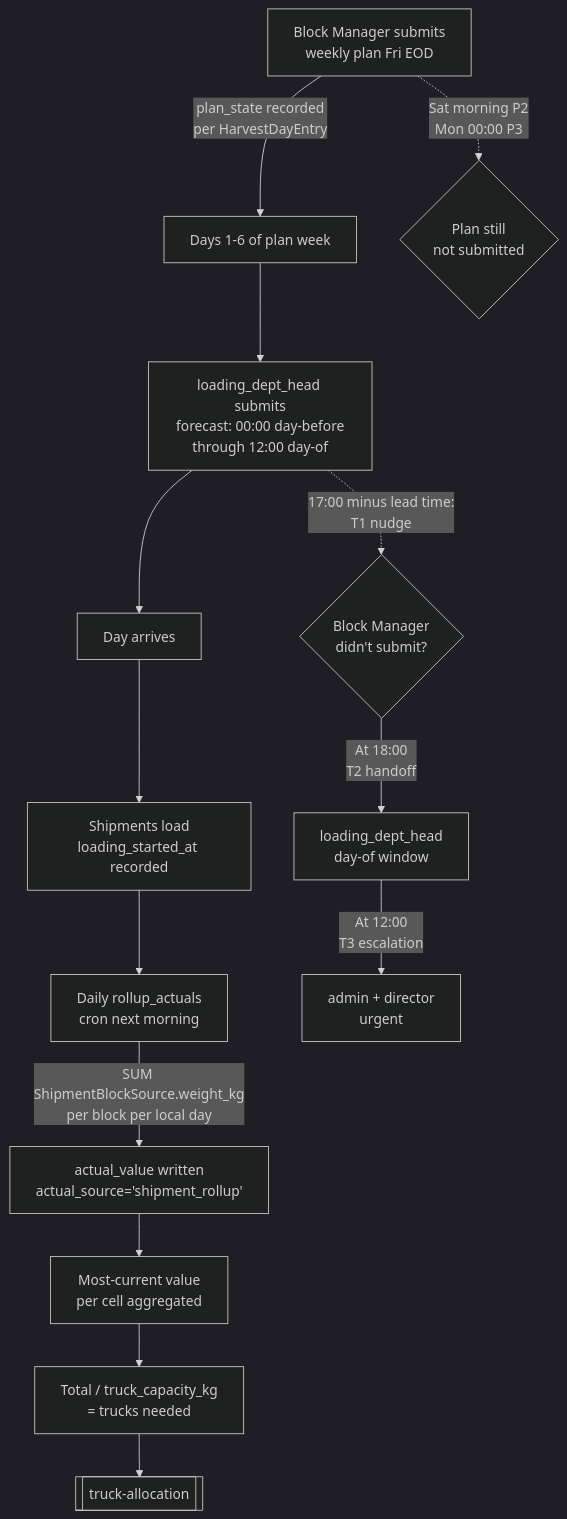
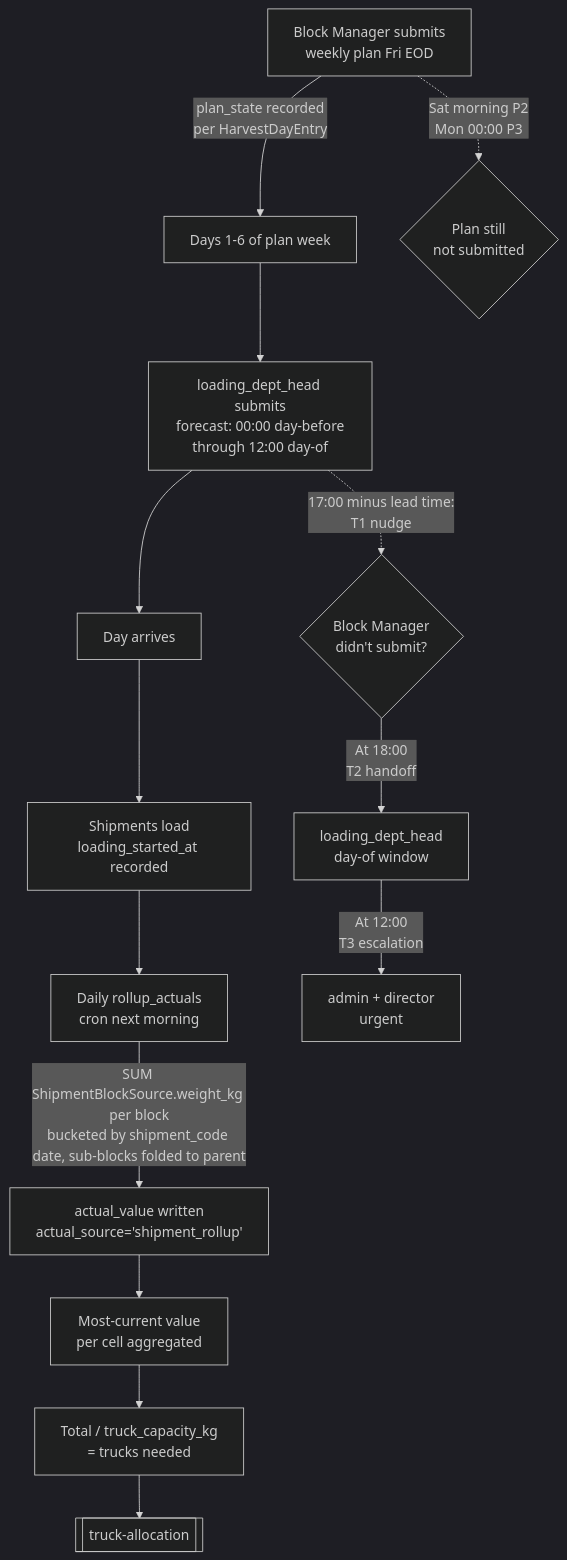
The first of 2 diagrams in docs/obsidian/processes/weekly-harvest-planning.md (Jasurbek99/yigit_platform), drawn with Mermaid (dark theme) before and after one commit. The commit also changed other lines of this file and 7 other files, not shown here.

First line of the commit message:
feat(p3): sales-report block breakdown + weekly-plan actuals from code date

````diff
--- a/docs/obsidian/processes/weekly-harvest-planning.md
+++ b/docs/obsidian/processes/weekly-harvest-planning.md
@@ -23,18 +23,18 @@
 ```mermaid
 flowchart TD
   PlanW[Block Manager submits<br/>weekly plan Fri EOD] -->|plan_state recorded<br/>per HarvestDayEntry| Wait1[Days 1-6 of plan week]
   Wait1 --> Forecast[loading_dept_head submits<br/>forecast: 00:00 day-before<br/>through 12:00 day-of]
   Forecast --> Today[Day arrives]
   Today --> Loading[Shipments load<br/>loading_started_at recorded]
   Loading --> Rollup[Daily rollup_actuals<br/>cron next morning]
-  Rollup -->|SUM ShipmentBlockSource.weight_kg<br/>per block per local day| Actual[actual_value written<br/>actual_source='shipment_rollup']
+  Rollup -->|SUM ShipmentBlockSource.weight_kg per block<br/>bucketed by shipment_code date, sub-blocks folded to parent| Actual[actual_value written<br/>actual_source='shipment_rollup']
   Actual --> Estim[Most-current value<br/>per cell aggregated]
   Estim --> Trucks[Total / truck_capacity_kg<br/>= trucks needed]
   Trucks --> TA[[truck-allocation]]
 
   Forecast -.->|17:00 minus lead time:<br/>T1 nudge| BMNotif{Block Manager<br/>didn't submit?}
   BMNotif -->|At 18:00<br/>T2 handoff| LDH[loading_dept_head<br/>day-of window]
   LDH -->|At 12:00<br/>T3 escalation| Esc[admin + director<br/>urgent]
 
   PlanW -.->|Sat morning P2<br/>Mon 00:00 P3| Late{Plan still<br/>not submitted}
 ```
````
